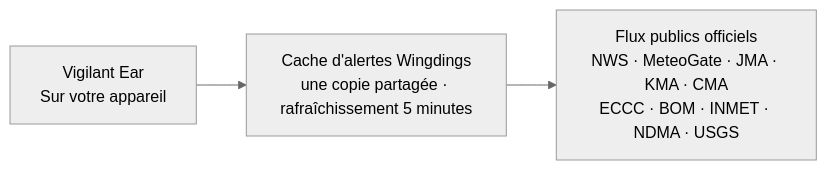
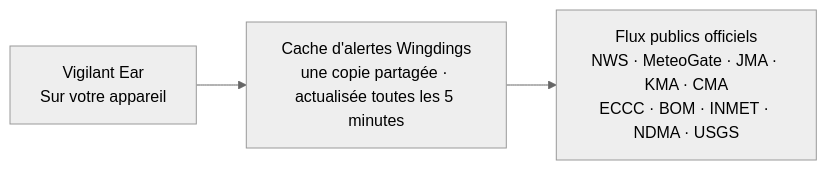
The fourth of 4 diagrams in README_fr.md (rpalm01-star/VigilantEarLegal), drawn with Mermaid (neutral theme) before and after one commit. The commit also changed other lines of this file and 29 other files, not shown here.

````diff
--- a/README_fr.md
+++ b/README_fr.md
@@ -162,5 +171,5 @@
 ```mermaid
 graph LR
-    P1["Vigilant Ear<br/>Sur votre appareil"] --> W["Cache d'alertes Wingdings<br/>une copie partagée · rafraîchissement 5 minutes"]
+    P1["Vigilant Ear<br/>Sur votre appareil"] --> W["Cache d'alertes Wingdings<br/>une copie partagée · actualisée toutes les 5 minutes"]
     W --> N["Flux publics officiels<br/>NWS · MeteoGate · JMA · KMA · CMA<br/>ECCC · BOM · INMET · NDMA · USGS"]
 ```
````
